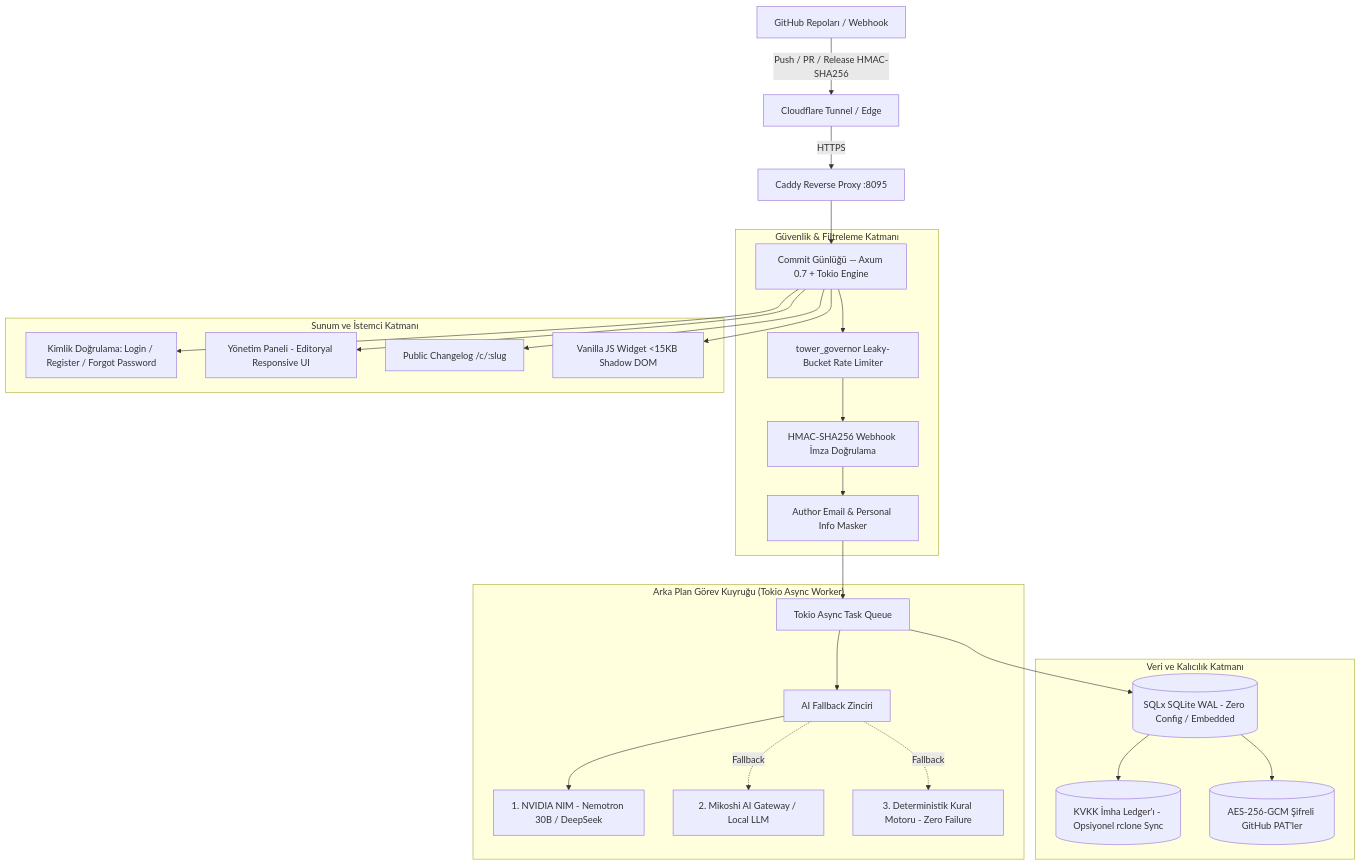
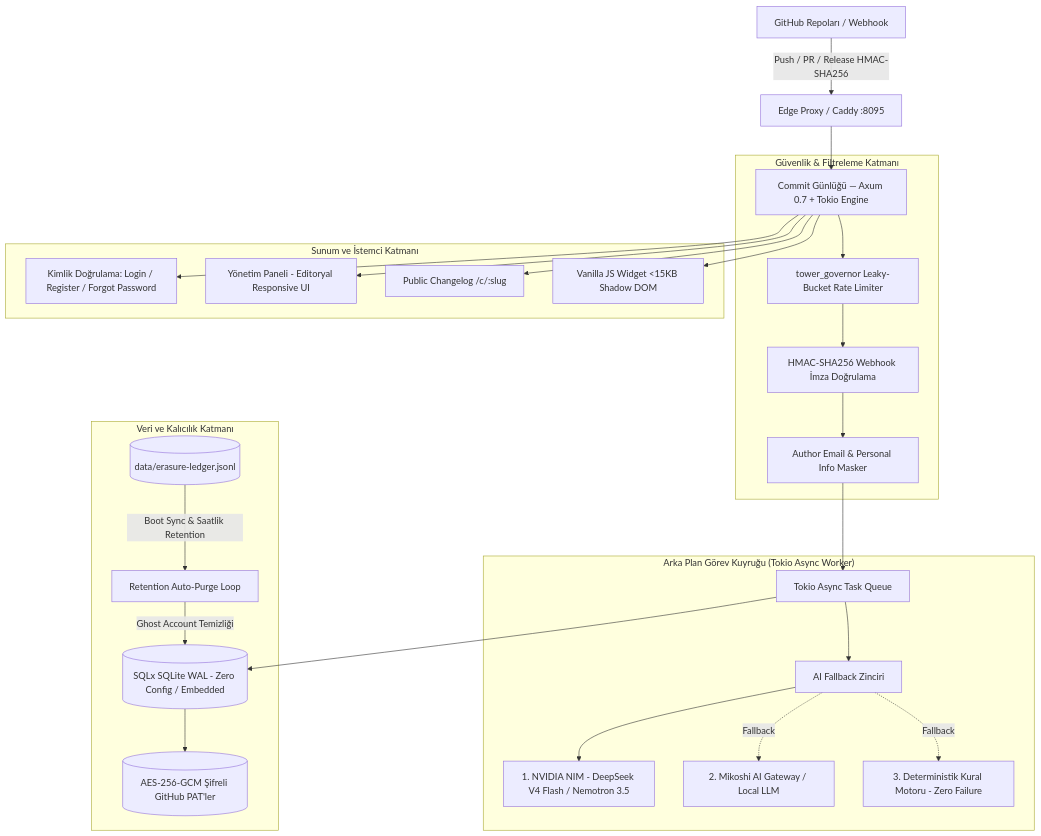
Before and after one commit to dixtuel/commit-gunlugu: the diagram in README.md, drawn with Mermaid. The commit also changed other lines of this file and 15 other files, not shown here.

````diff
--- a/README.md
+++ b/README.md
@@ -40,34 +40,35 @@
 ```mermaid
 graph TD
-    GH[GitHub Repoları / Webhook] -->|Push / PR / Release HMAC-SHA256| Cloudflare[Cloudflare Tunnel / Edge]
-    Cloudflare -->|HTTPS| Caddy[Caddy Reverse Proxy :8095]
-    Caddy --> Axum[Commit Günlüğü — Axum 0.7 + Tokio Engine]
+    GH[GitHub Repoları / Webhook] -->|Push / PR / Release HMAC-SHA256| Proxy[Edge Proxy / Caddy :8095]
+    Proxy --> Axum[Commit Günlüğü — Axum 0.7 + Tokio Engine]
 
     subgraph "Güvenlik & Filtreleme Katmanı"
         Axum --> RateLimit[tower_governor Leaky-Bucket Rate Limiter]
         RateLimit --> HMACVerify[HMAC-SHA256 Webhook İmza Doğrulama]
         HMACVerify --> PrivacySanitizer[Author Email & Personal Info Masker]
     end
 
     subgraph "Arka Plan Görev Kuyruğu (Tokio Async Worker)"
         PrivacySanitizer --> TaskQueue[Tokio Async Task Queue]
         TaskQueue --> LLMChain[AI Fallback Zinciri]
         
-        LLMChain --> Tier1[1. NVIDIA NIM - Nemotron 30B / DeepSeek]
+        LLMChain --> Tier1[1. NVIDIA NIM - DeepSeek V4 Flash / Nemotron 3.5]
         LLMChain -.->|Fallback| Tier2[2. Mikoshi AI Gateway / Local LLM]
         LLMChain -.->|Fallback| Tier3[3. Deterministik Kural Motoru - Zero Failure]
     end
 
     subgraph "Veri ve Kalıcılık Katmanı"
         TaskQueue --> SQLx[(SQLx SQLite WAL - Zero Config / Embedded)]
-        SQLx --> ErasureLedger[(KVKK İmha Ledger'ı - Opsiyonel rclone Sync)]
         SQLx --> TokenCrypto[(AES-256-GCM Şifreli GitHub PAT'ler)]
+        
+        ErasureLedger[(data/erasure-ledger.jsonl)] -->|Boot Sync & Saatlik Retention| RetentionWorker[Retention Auto-Purge Loop]
+        RetentionWorker -->|Ghost Account Temizliği| SQLx
     end
 
     subgraph "Sunum ve İstemci Katmanı"
         Axum --> AuthUI[Kimlik Doğrulama: Login / Register / Forgot Password]
         Axum --> DashboardUI[Yönetim Paneli - Editoryal Responsive UI]
         Axum --> PublicChangelog[Public Changelog /c/:slug]
         Axum --> WidgetScript[Vanilla JS Widget <15KB Shadow DOM]
     end
 ```
````
